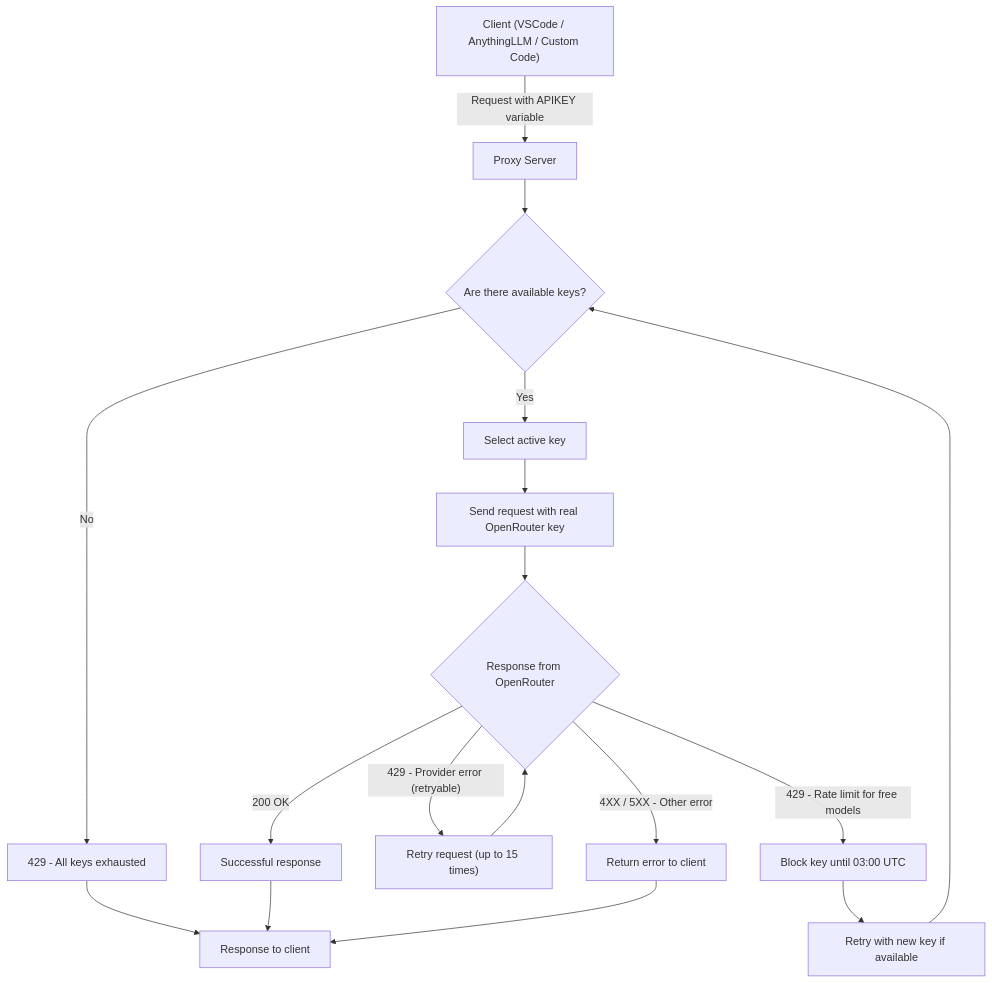
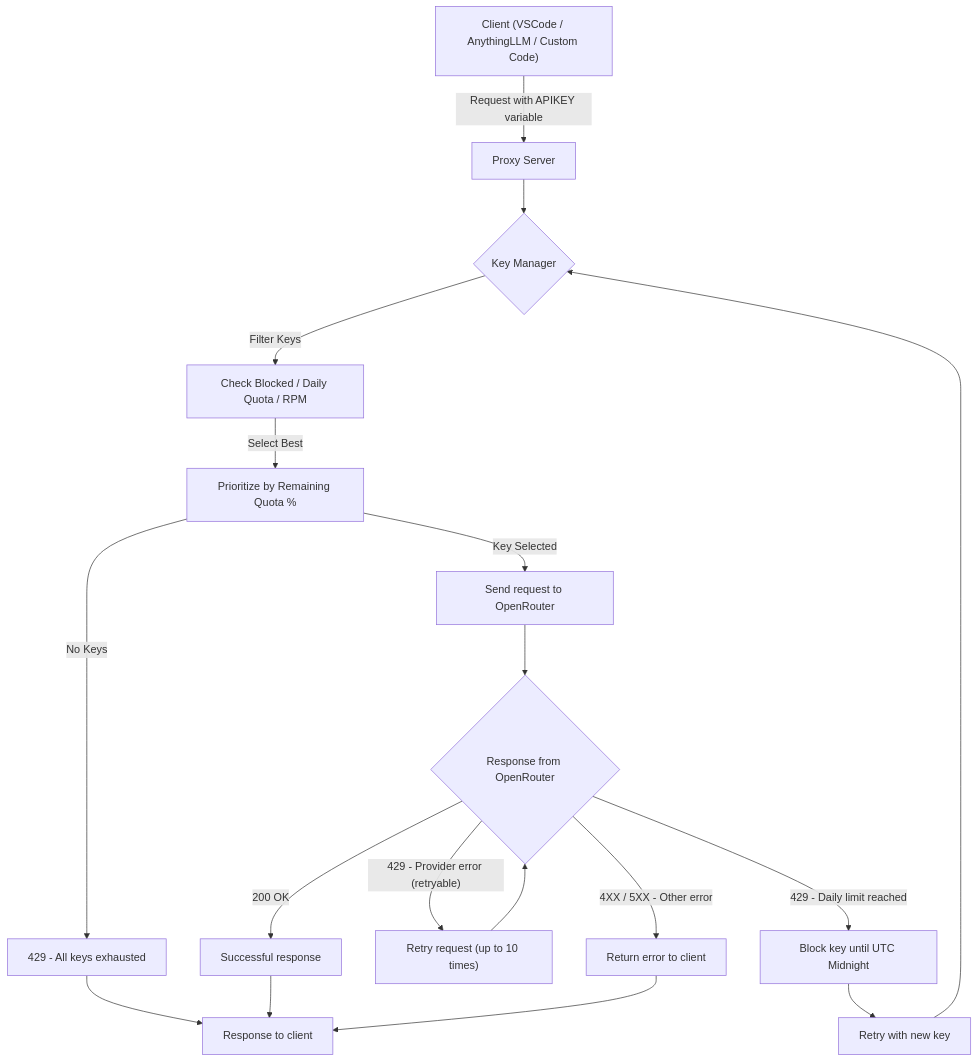
Before and after one commit to rohithkg-code/openrouter-proxy-injector: the diagram in Readme.md, drawn with Mermaid. The commit also changed other lines of this file and 1 other file, not shown here.

````diff
--- a/Readme.md
+++ b/Readme.md
@@ -42,13 +38,14 @@
   ```mermaid
   graph TD
   A["Client (VSCode / AnythingLLM / Custom Code)"] -->|"Request with APIKEY variable"| B["Proxy Server"]
-  B --> C{"Are there available keys?"}
-  C -->|"Yes"| D["Select active key"]
-  C -->|"No"| E["429 - All keys exhausted"] --> F["Response to client"]
-  D --> G["Send request with real OpenRouter key"]
-  G --> H{"Response from OpenRouter"}
-  H -->|"200 OK"| I["Successful response"] --> F
-  H -->|"429 - Provider error (retryable)"| L["Retry request (up to 15 times)"] --> H
-  H -->|"429 - Rate limit for free models"| J["Block key until 03:00 UTC"] --> K["Retry with new key if available"] --> C
-  H -->|"4XX / 5XX - Other error"| ERR["Return error to client"] --> F
+  B --> C{"Key Manager"}
+  C -->|"Filter Keys"| D["Check Blocked / Daily Quota / RPM"]
+  D -->|"Select Best"| E["Prioritize by Remaining Quota %"]
+  E -->|"No Keys"| F["429 - All keys exhausted"] --> G["Response to client"]
+  E -->|"Key Selected"| H["Send request to OpenRouter"]
+  H --> I{"Response from OpenRouter"}
+  I -->|"200 OK"| J["Successful response"] --> G
+  I -->|"429 - Provider error (retryable)"| K["Retry request (up to 10 times)"] --> I
+  I -->|"429 - Daily limit reached"| L["Block key until UTC Midnight"] --> M["Retry with new key"] --> C
+  I -->|"4XX / 5XX - Other error"| ERR["Return error to client"] --> G
   ```
````
